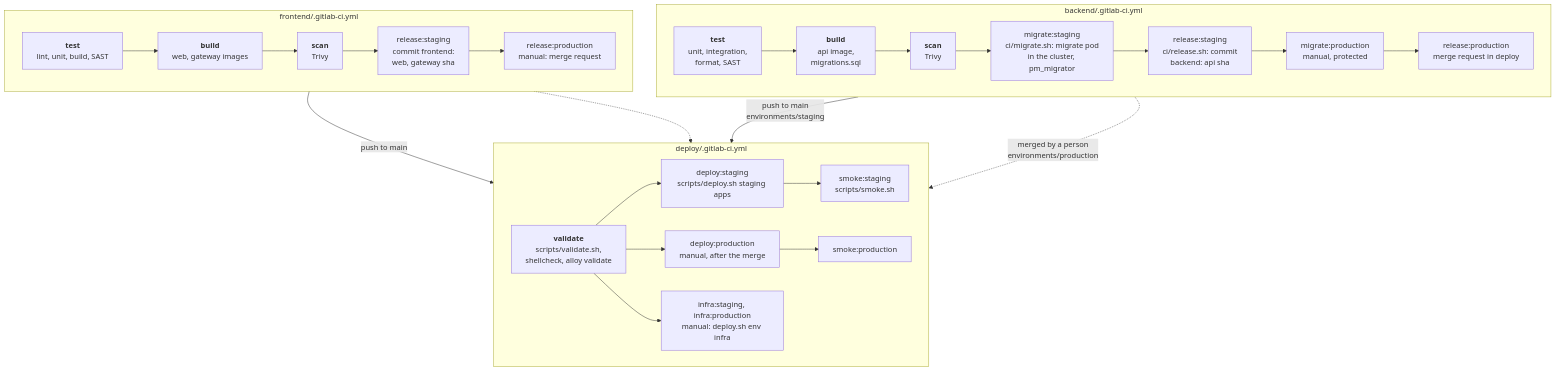
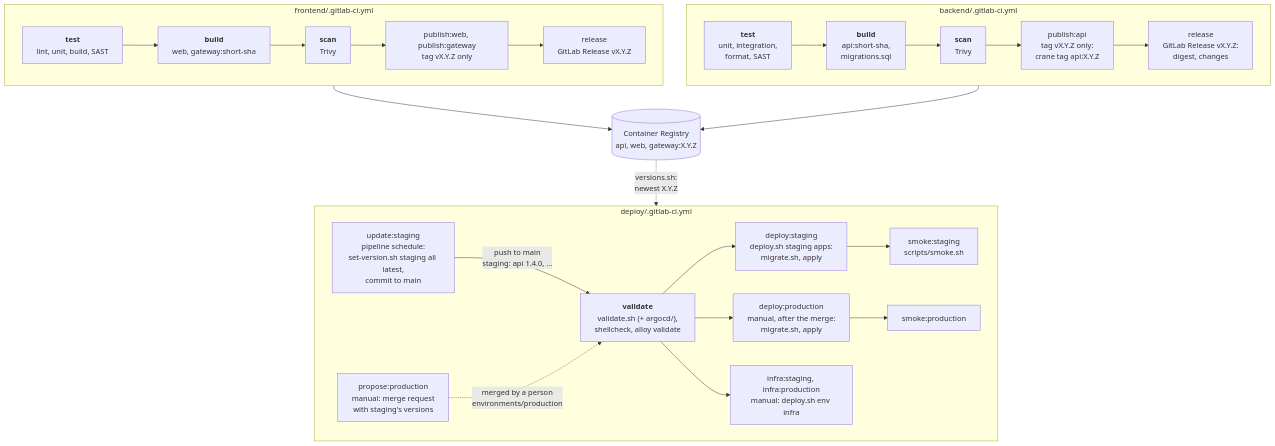
Diagram 14 of 18 in docs/flows.md (RubenCipriano/zeiss-product-management), drawn with Mermaid before and after one commit. The commit also changed other lines of this file and 10 other files, not shown here.

````diff
--- a/docs/flows.md
+++ b/docs/flows.md
@@ -692,34 +694,37 @@
 ```mermaid
 flowchart TB
     subgraph be["backend/.gitlab-ci.yml"]
         direction LR
-        bt["<b>test</b><br/>unit, integration,<br/>format, SAST"] --> bb["<b>build</b><br/>api image,<br/>migrations.sql"]
+        bt["<b>test</b><br/>unit, integration,<br/>format, SAST"] --> bb["<b>build</b><br/>api:short-sha,<br/>migrations.sql"]
         bb --> bs["<b>scan</b><br/>Trivy"]
-        bs --> bms["migrate:staging<br/>ci/migrate.sh: migrate pod<br/>in the cluster, pm_migrator"]
-        bms --> brs["release:staging<br/>ci/release.sh: commit<br/>backend: api sha"]
-        brs --> bmp["migrate:production<br/>manual, protected"]
-        bmp --> brp["release:production<br/>merge request in deploy"]
+        bs --> bp["publish:api<br/>tag vX.Y.Z only:<br/>crane tag api:X.Y.Z"]
+        bp --> br["release<br/>GitLab Release vX.Y.Z:<br/>digest, changes"]
     end
 
     subgraph fe["frontend/.gitlab-ci.yml"]
         direction LR
-        ft["<b>test</b><br/>lint, unit, build, SAST"] --> fb["<b>build</b><br/>web, gateway images"]
+        ft["<b>test</b><br/>lint, unit, build, SAST"] --> fb["<b>build</b><br/>web, gateway:short-sha"]
         fb --> fs["<b>scan</b><br/>Trivy"]
-        fs --> frs["release:staging<br/>commit frontend:<br/>web, gateway sha"]
-        frs --> frp["release:production<br/>manual: merge request"]
+        fs --> fp["publish:web, publish:gateway<br/>tag vX.Y.Z only"]
+        fp --> fr["release<br/>GitLab Release vX.Y.Z"]
     end
+
+    reg[("Container Registry<br/>api, web, gateway:X.Y.Z")]
+    bp --> reg
+    fp --> reg
 
     subgraph dp["deploy/.gitlab-ci.yml"]
         direction LR
-        dv["<b>validate</b><br/>scripts/validate.sh,<br/>shellcheck, alloy validate"] --> dds["deploy:staging<br/>scripts/deploy.sh staging apps"]
+        du["update:staging<br/>pipeline schedule:<br/>set-version.sh staging all latest,<br/>commit to main"]
+        dpp["propose:production<br/>manual: merge request<br/>with staging's versions"]
+        dv["<b>validate</b><br/>validate.sh (+ argocd/),<br/>shellcheck, alloy validate"] --> dds["deploy:staging<br/>deploy.sh staging apps:<br/>migrate.sh, apply"]
         dds --> dss["smoke:staging<br/>scripts/smoke.sh"]
-        dv --> ddp["deploy:production<br/>manual, after the merge"]
+        dv --> ddp["deploy:production<br/>manual, after the merge:<br/>migrate.sh, apply"]
         ddp --> dsp["smoke:production"]
         dv --> di["infra:staging, infra:production<br/>manual: deploy.sh env infra"]
     end
 
-    brs -->|"push to main<br/>environments/staging"| dv
-    frs -->|"push to main"| dv
-    brp -.->|"merged by a person<br/>environments/production"| dv
-    frp -.-> dv
+    reg -.->|"versions.sh:<br/>newest X.Y.Z"| du
+    du -->|"push to main<br/>staging: api 1.4.0, ..."| dv
+    dpp -.->|"merged by a person<br/>environments/production"| dv
 ```
````
